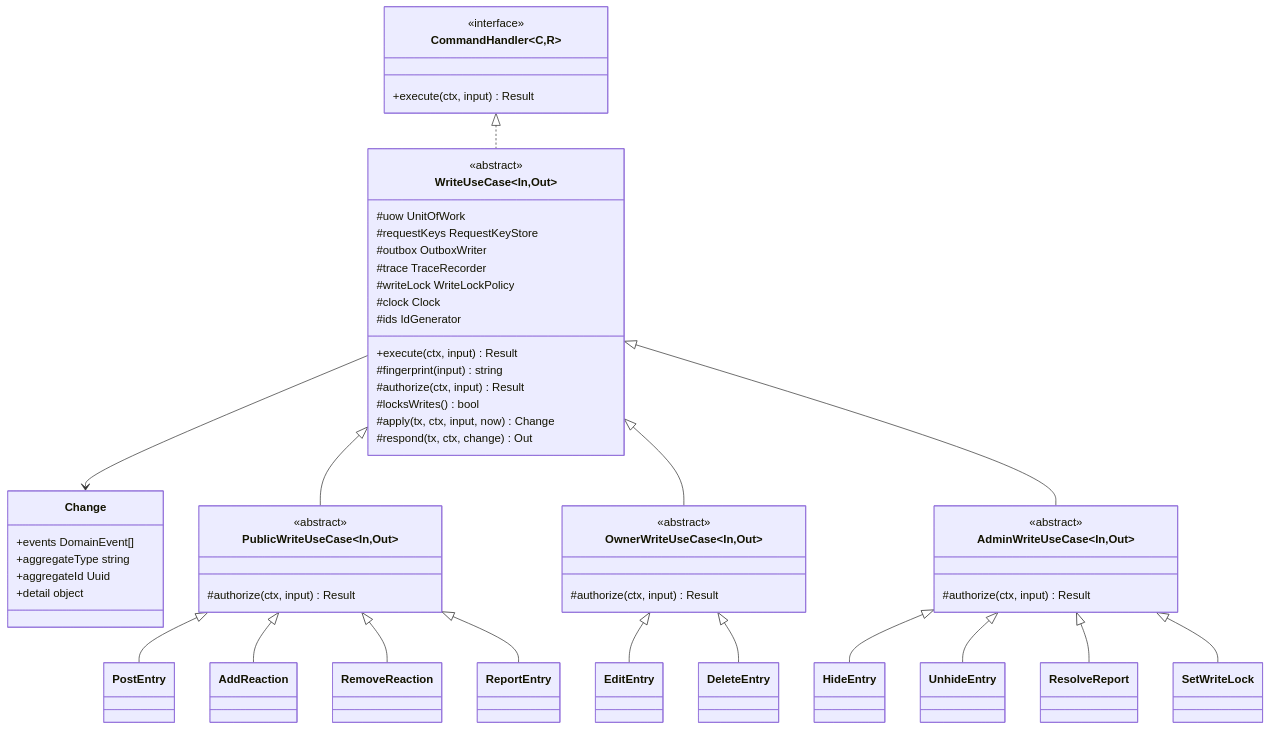
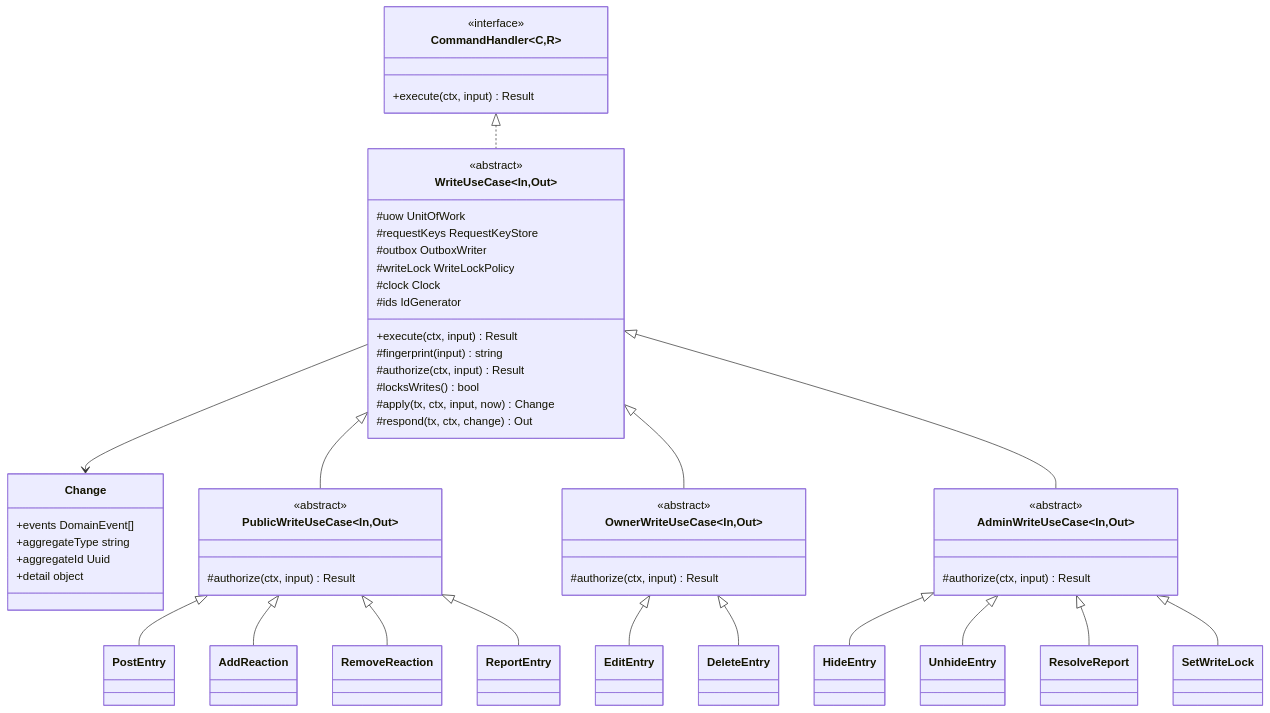
The second of 41 diagrams in docs/design/features/11-guestbook-write.md (1985jwlee/portpolio_backend), drawn with Mermaid before and after one commit. The commit also changed other lines of this file and 33 other files, not shown here.

````diff
--- a/docs/design/features/11-guestbook-write.md
+++ b/docs/design/features/11-guestbook-write.md
@@ -100,56 +99,55 @@
 ```mermaid
 classDiagram
     class CommandHandler~C,R~ {
         <<interface>>
         +execute(ctx, input) Result
     }
     class WriteUseCase~In,Out~ {
         <<abstract>>
         #uow UnitOfWork
         #requestKeys RequestKeyStore
         #outbox OutboxWriter
-        #trace TraceRecorder
         #writeLock WriteLockPolicy
         #clock Clock
         #ids IdGenerator
         +execute(ctx, input) Result
         #fingerprint(input) string
         #authorize(ctx, input) Result
         #locksWrites() bool
         #apply(tx, ctx, input, now) Change
         #respond(tx, ctx, change) Out
     }
     class Change {
         +events DomainEvent[]
         +aggregateType string
         +aggregateId Uuid
         +detail object
     }
     class PublicWriteUseCase~In,Out~ {
         <<abstract>>
         #authorize(ctx, input) Result
     }
     class OwnerWriteUseCase~In,Out~ {
         <<abstract>>
         #authorize(ctx, input) Result
     }
     class AdminWriteUseCase~In,Out~ {
         <<abstract>>
         #authorize(ctx, input) Result
     }
     CommandHandler <|.. WriteUseCase
     WriteUseCase --> Change
     WriteUseCase <|-- PublicWriteUseCase
     WriteUseCase <|-- OwnerWriteUseCase
     WriteUseCase <|-- AdminWriteUseCase
     PublicWriteUseCase <|-- PostEntry
     PublicWriteUseCase <|-- AddReaction
     PublicWriteUseCase <|-- RemoveReaction
     PublicWriteUseCase <|-- ReportEntry
     OwnerWriteUseCase <|-- EditEntry
     OwnerWriteUseCase <|-- DeleteEntry
     AdminWriteUseCase <|-- HideEntry
     AdminWriteUseCase <|-- UnhideEntry
     AdminWriteUseCase <|-- ResolveReport
     AdminWriteUseCase <|-- SetWriteLock
 ```
````
